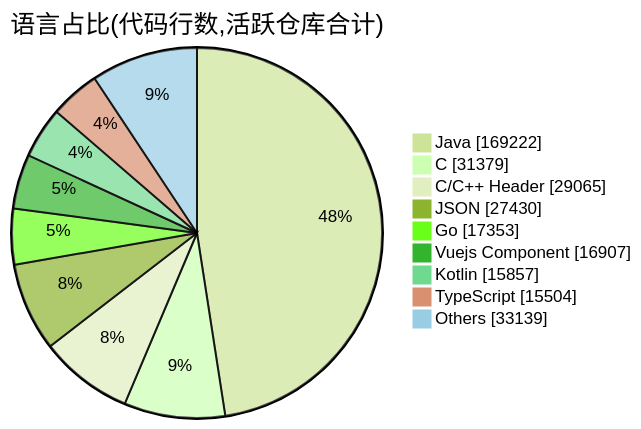
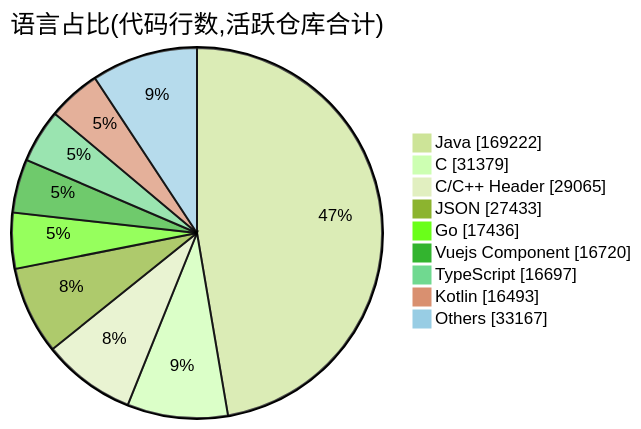
The second of 2 diagrams in profile/README.md (Conflux-Union/.github), drawn with Mermaid (forest theme) before and after one commit. The commit also changed other lines of this file and 1 other file, not shown here.

````diff
--- a/profile/README.md
+++ b/profile/README.md
@@ -78,13 +78,13 @@
 ```mermaid
 pie showData
     title 语言占比(代码行数,活跃仓库合计)
     "Java" : 169222
     "C" : 31379
     "C/C++ Header" : 29065
-    "JSON" : 27430
-    "Go" : 17353
-    "Vuejs Component" : 16907
-    "Kotlin" : 15857
-    "TypeScript" : 15504
-    "Others" : 33139
+    "JSON" : 27433
+    "Go" : 17436
+    "Vuejs Component" : 16720
+    "TypeScript" : 16697
+    "Kotlin" : 16493
+    "Others" : 33167
 ```
````
